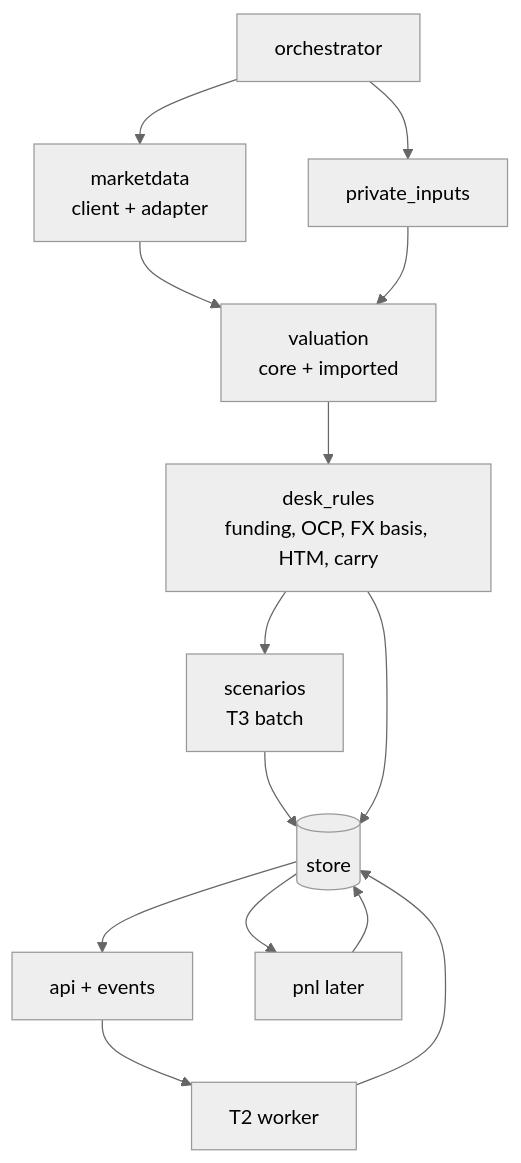
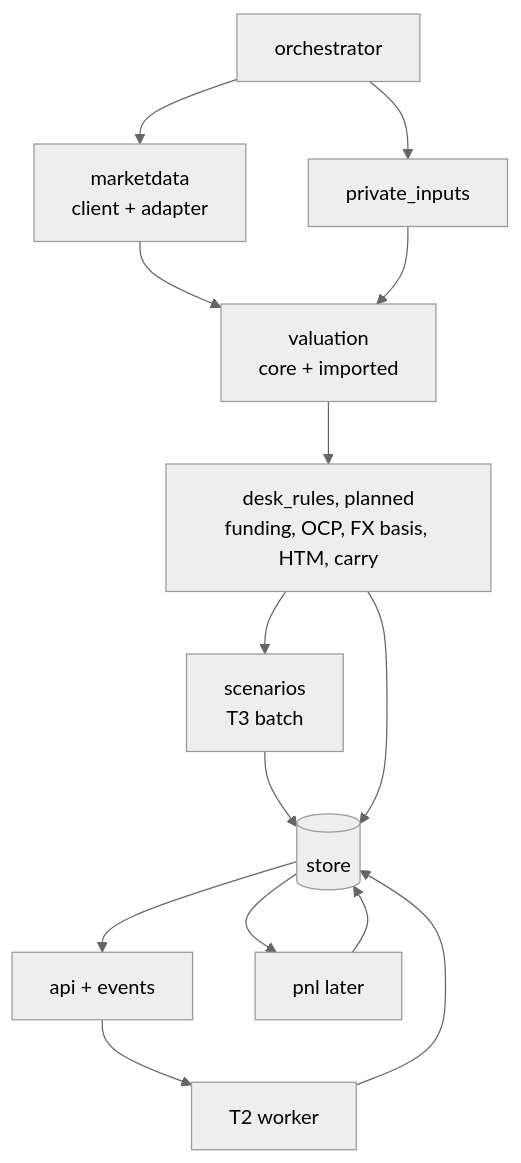
Before and after one commit to FlyingScotman/trading-desk-monitor: the diagram in docs/architecture/04_BACKEND.md, drawn with Mermaid (neutral theme). The commit also changed other lines of this file and 7 other files, not shown here.

First line of the commit message:
Docs: roadmap revision 4, reconciled backlog, canonical decisions

````diff
--- a/docs/architecture/04_BACKEND.md
+++ b/docs/architecture/04_BACKEND.md
@@ -24,14 +24,14 @@
 ```mermaid
 flowchart TB
   ORCH[orchestrator] --> MD[marketdata<br/>client + adapter]
   ORCH --> PI[private_inputs]
   MD --> VAL[valuation<br/>core + imported]
   PI --> VAL
-  VAL --> RULES[desk_rules<br/>funding, OCP, FX basis, HTM, carry]
+  VAL --> RULES[desk_rules, planned<br/>funding, OCP, FX basis, HTM, carry]
   RULES --> SC[scenarios<br/>T3 batch]
   SC --> ST[(store)]
   RULES --> ST
   ST --> API[api + events]
   API --> W[T2 worker] --> ST
   ST --> PNL[pnl later] --> ST
 ```
````
